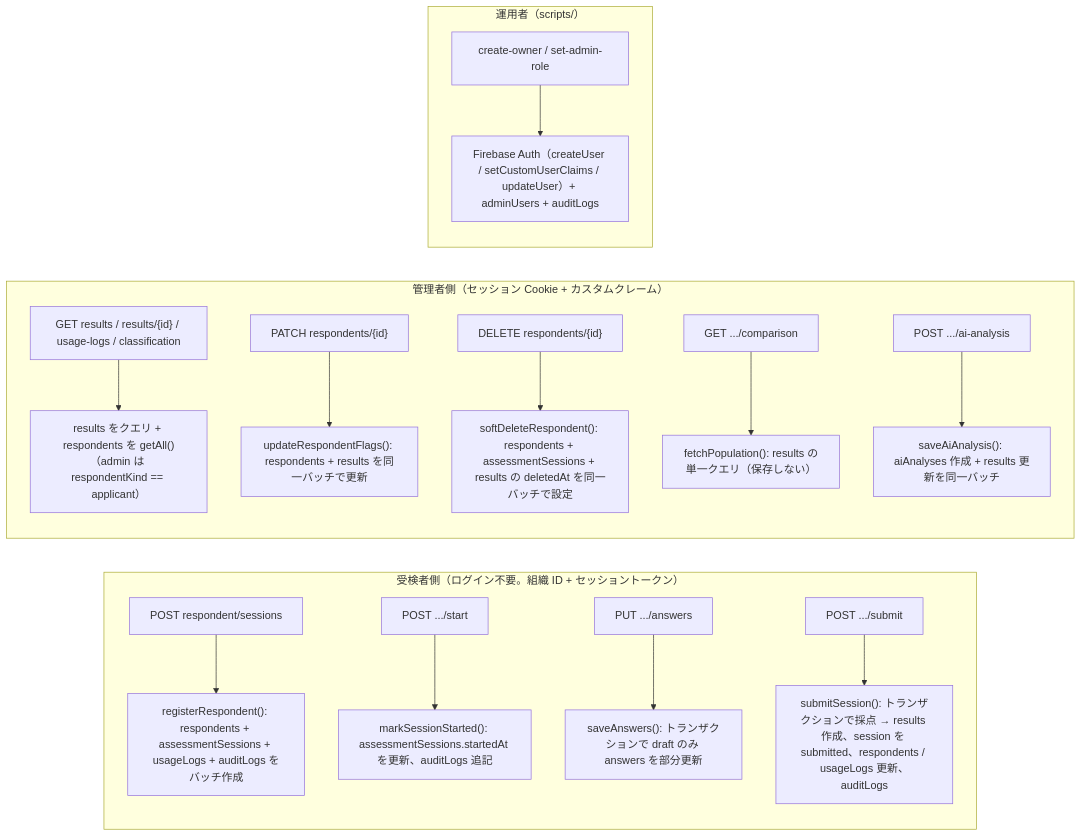
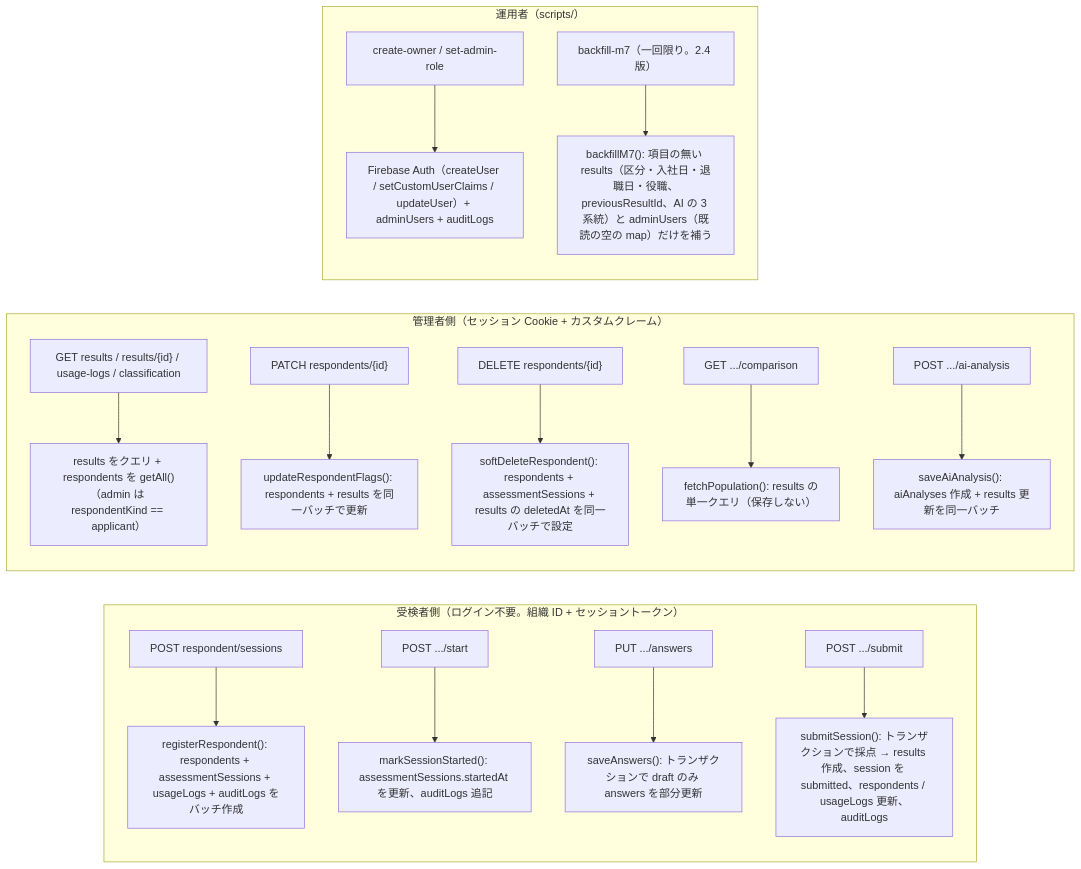
One commit to tanukichiyamaguchi/Tekisei-Kensa changed the second of 3 diagrams in docs/基本設計/02_データベース設計.md. Above: the diagram before and after it, drawn with Mermaid. The commit also changed other lines of this file and 46 other files, not shown here.

````diff
--- a/docs/基本設計/02_データベース設計.md
+++ b/docs/基本設計/02_データベース設計.md
@@ -216,19 +238,20 @@
 ```mermaid
 flowchart LR
     subgraph respondentSide["受検者側（ログイン不要。組織 ID + セッショントークン）"]
         R1["POST respondent/sessions"] --> T1["registerRespondent(): respondents + assessmentSessions + usageLogs + auditLogs をバッチ作成"]
         R0["POST .../start"] --> T0["markSessionStarted(): assessmentSessions.startedAt を更新、auditLogs 追記"]
         R2["PUT .../answers"] --> T2["saveAnswers(): トランザクションで draft のみ answers を部分更新"]
         R3["POST .../submit"] --> T3["submitSession(): トランザクションで採点 → results 作成、session を submitted、respondents / usageLogs 更新、auditLogs"]
     end
     subgraph adminSide["管理者側（セッション Cookie + カスタムクレーム）"]
         A1["GET results / results/{id} / usage-logs / classification"] --> T4["results をクエリ + respondents を getAll()（admin は respondentKind == applicant）"]
         A2["PATCH respondents/{id}"] --> T5["updateRespondentFlags(): respondents + results を同一バッチで更新"]
         A3["DELETE respondents/{id}"] --> T6["softDeleteRespondent(): respondents + assessmentSessions + results の deletedAt を同一バッチで設定"]
         A4["GET .../comparison"] --> T7["fetchPopulation(): results の単一クエリ（保存しない）"]
         A5["POST .../ai-analysis"] --> T8["saveAiAnalysis(): aiAnalyses 作成 + results 更新を同一バッチ"]
     end
     subgraph ops["運用者（scripts/）"]
         S1["create-owner / set-admin-role"] --> T9["Firebase Auth（createUser / setCustomUserClaims / updateUser）+ adminUsers + auditLogs"]
+        S2["backfill-m7（一回限り。2.4 版）"] --> T10["backfillM7(): 項目の無い results（区分・入社日・退職日・役職、previousResultId、AI の 3 系統）と adminUsers（既読の空の map）だけを補う"]
     end
 ```
````
